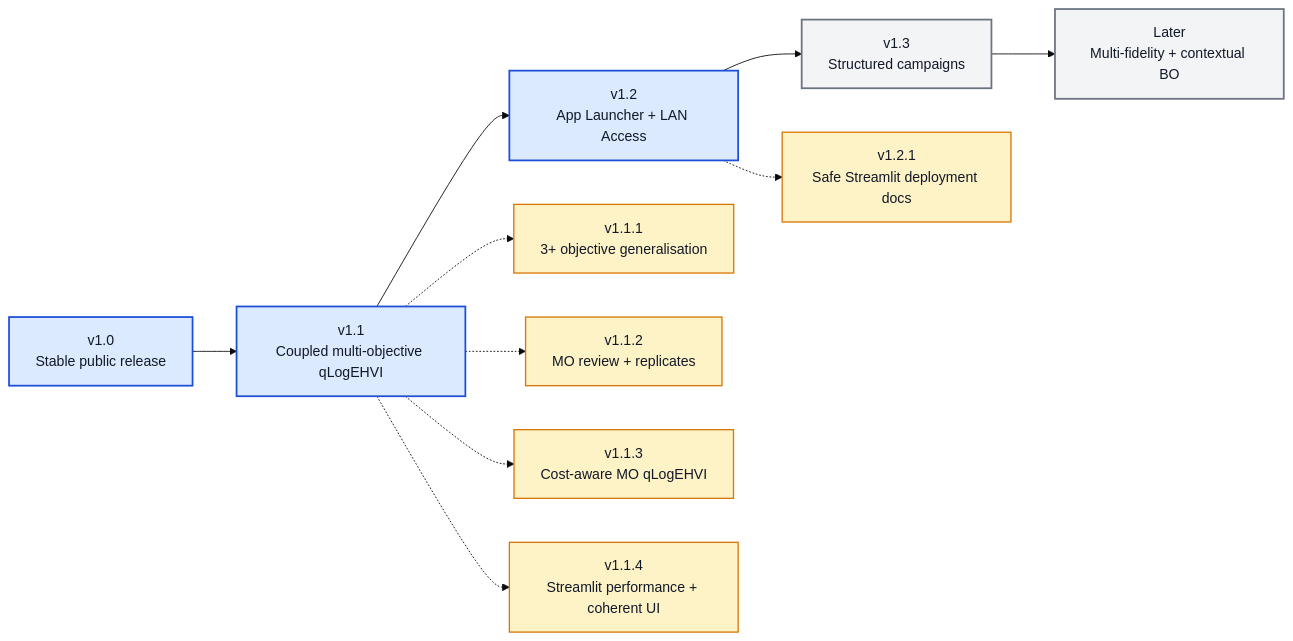
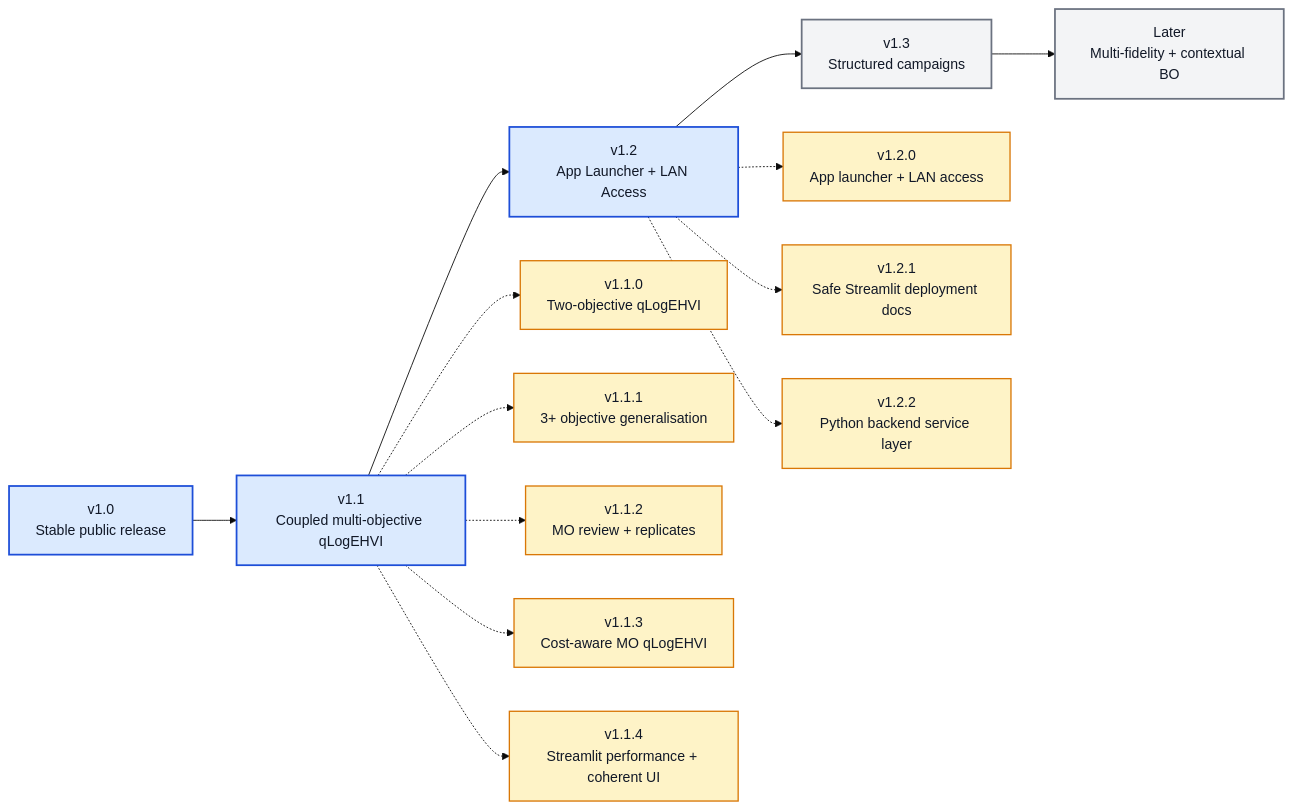
Before and after one commit to angzeli/bo-forge: the diagram in ROADMAP_V1_X.md, drawn with Mermaid (base theme). The commit also changed other lines of this file and 21 other files, not shown here.

Commit message:
v1.2.2 update: Add internal Streamlit service layer

````diff
--- a/ROADMAP_V1_X.md
+++ b/ROADMAP_V1_X.md
@@ -7,24 +7,30 @@
 ```mermaid
 flowchart LR
     v10["v1.0<br/>Stable public release"] --> v11["v1.1<br/>Coupled multi-objective qLogEHVI"] --> v12["v1.2<br/>App Launcher + LAN Access"] --> v13["v1.3<br/>Structured campaigns"] --> later["Later<br/>Multi-fidelity + contextual BO"]
 
+    v110["v1.1.0<br/>Two-objective qLogEHVI"]
     v111["v1.1.1<br/>3+ objective generalisation"]
     v112["v1.1.2<br/>MO review + replicates"]
     v113["v1.1.3<br/>Cost-aware MO qLogEHVI"]
     v114["v1.1.4<br/>Streamlit performance + coherent UI"]
+    v120["v1.2.0<br/>App launcher + LAN access"]
     v121["v1.2.1<br/>Safe Streamlit deployment docs"]
+    v122["v1.2.2<br/>Python backend service layer"]
     
+    v11 -.-> v110
     v11 -.-> v111
     v11 -.-> v112
     v11 -.-> v113
     v11 -.-> v114
+    v12 -.-> v120
     v12 -.-> v121
+    v12 -.-> v122
 
     class v10,v11,v12 majorDone
     class v13,later majorFuture
-    class v110,v111,v112,v113,v114,v120,v121 patchDone
+    class v110,v111,v112,v113,v114,v120,v121,v122 patchDone
 
     classDef majorDone fill:#dbeafe,stroke:#1d4ed8,stroke-width:2px,color:#111827;
     classDef majorFuture fill:#f3f4f6,stroke:#6b7280,stroke-width:2px,color:#111827;
     classDef patchDone fill:#fef3c7,stroke:#d97706,stroke-width:1.5px,color:#111827;
 ```
````
